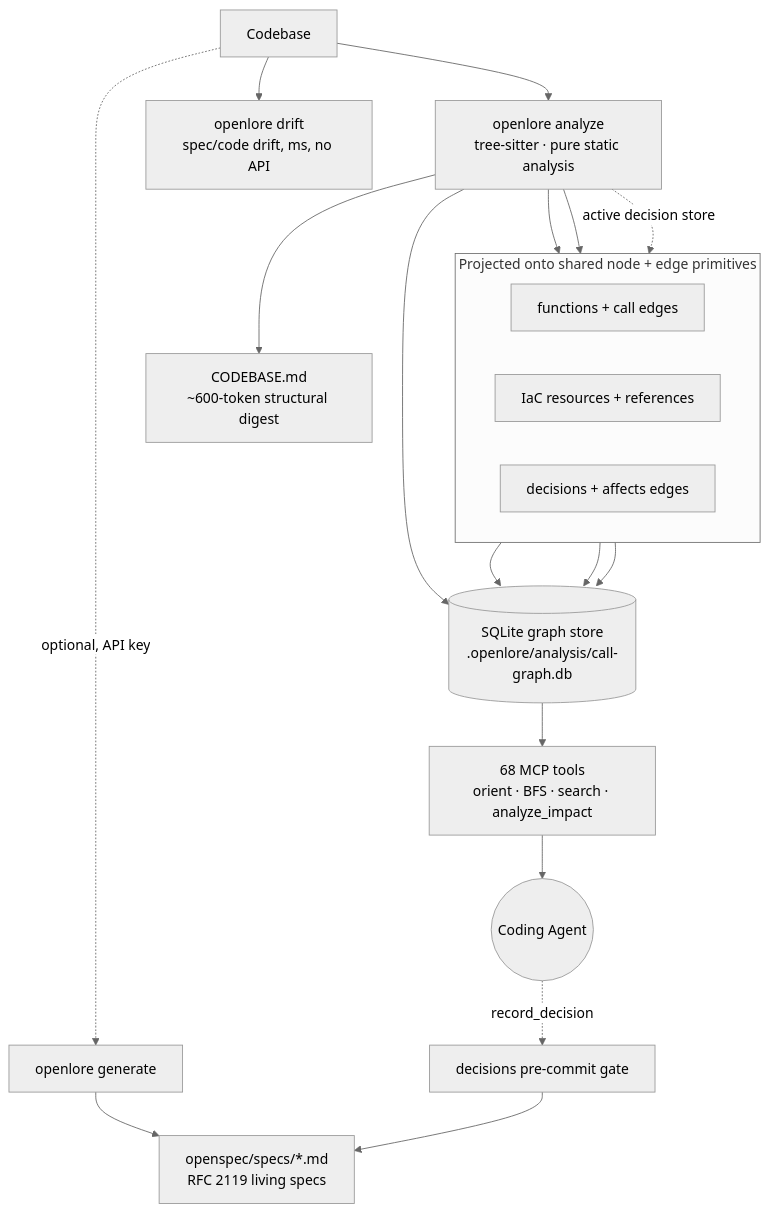
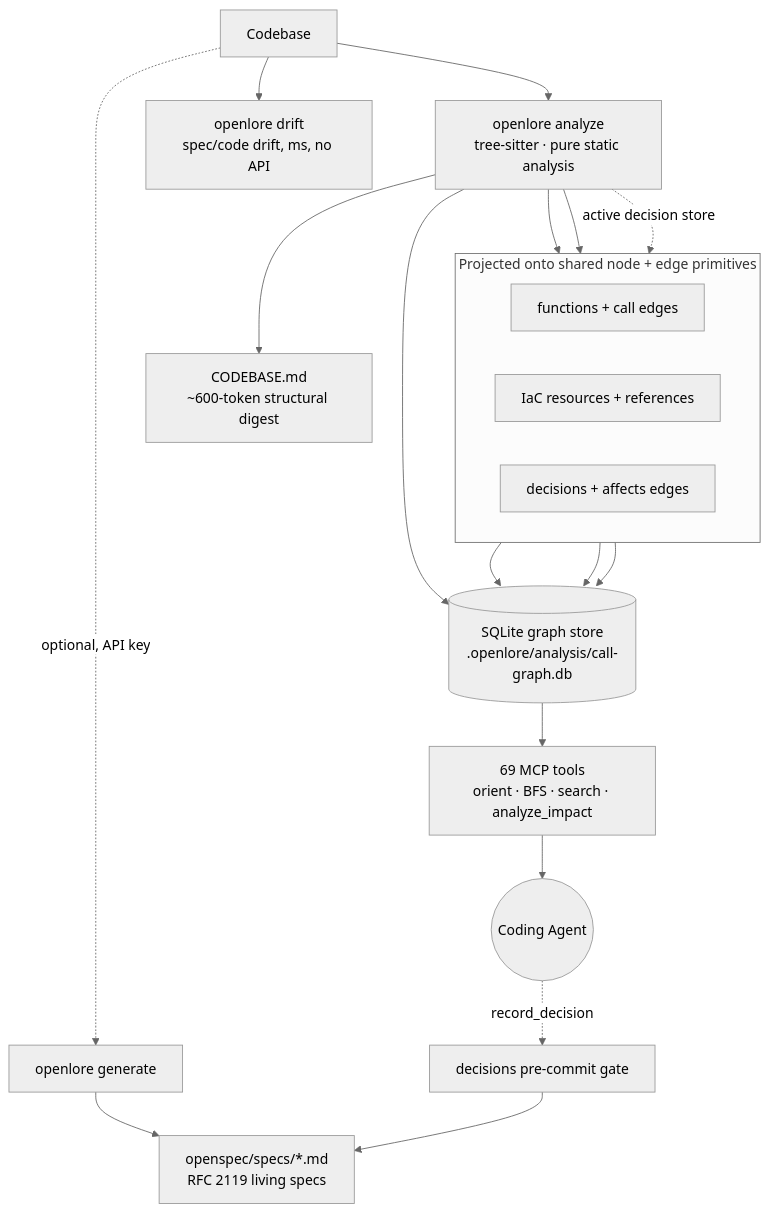
One commit to clay-good/OpenLore changed the first of 2 diagrams in README.md. Above: the diagram before and after it, drawn with Mermaid (neutral theme). The commit also changed other lines of this file and 23 other files, not shown here.

````diff
--- a/README.md
+++ b/README.md
@@ -457,28 +458,28 @@
 ```mermaid
 flowchart TD
     Code[Codebase] --> Analyze[openlore analyze<br/>tree-sitter · pure static analysis]
     Analyze --> DB[(SQLite graph store<br/>.openlore/analysis/call-graph.db)]
     Analyze --> Digest[CODEBASE.md<br/>~600-token structural digest]
 
     subgraph shared["Projected onto shared node + edge primitives"]
       direction LR
       CodeNodes[functions + call edges]
       Iac[IaC resources + references]
       Dec[decisions + affects edges]
     end
     Analyze --> CodeNodes
     Analyze --> Iac
     Analyze -. active decision store .-> Dec
     CodeNodes --> DB
     Iac --> DB
     Dec --> DB
 
-    DB --> MCP[68 MCP tools<br/>orient · BFS · search · analyze_impact]
+    DB --> MCP[69 MCP tools<br/>orient · BFS · search · analyze_impact]
     MCP --> Agent((Coding Agent))
 
     Code -. optional, API key .-> Gen[openlore generate]
     Gen --> Specs[openspec/specs/*.md<br/>RFC 2119 living specs]
     Code --> Drift[openlore drift<br/>spec/code drift, ms, no API]
     Agent -. record_decision .-> Gate[decisions pre-commit gate]
     Gate --> Specs
 ```
````
